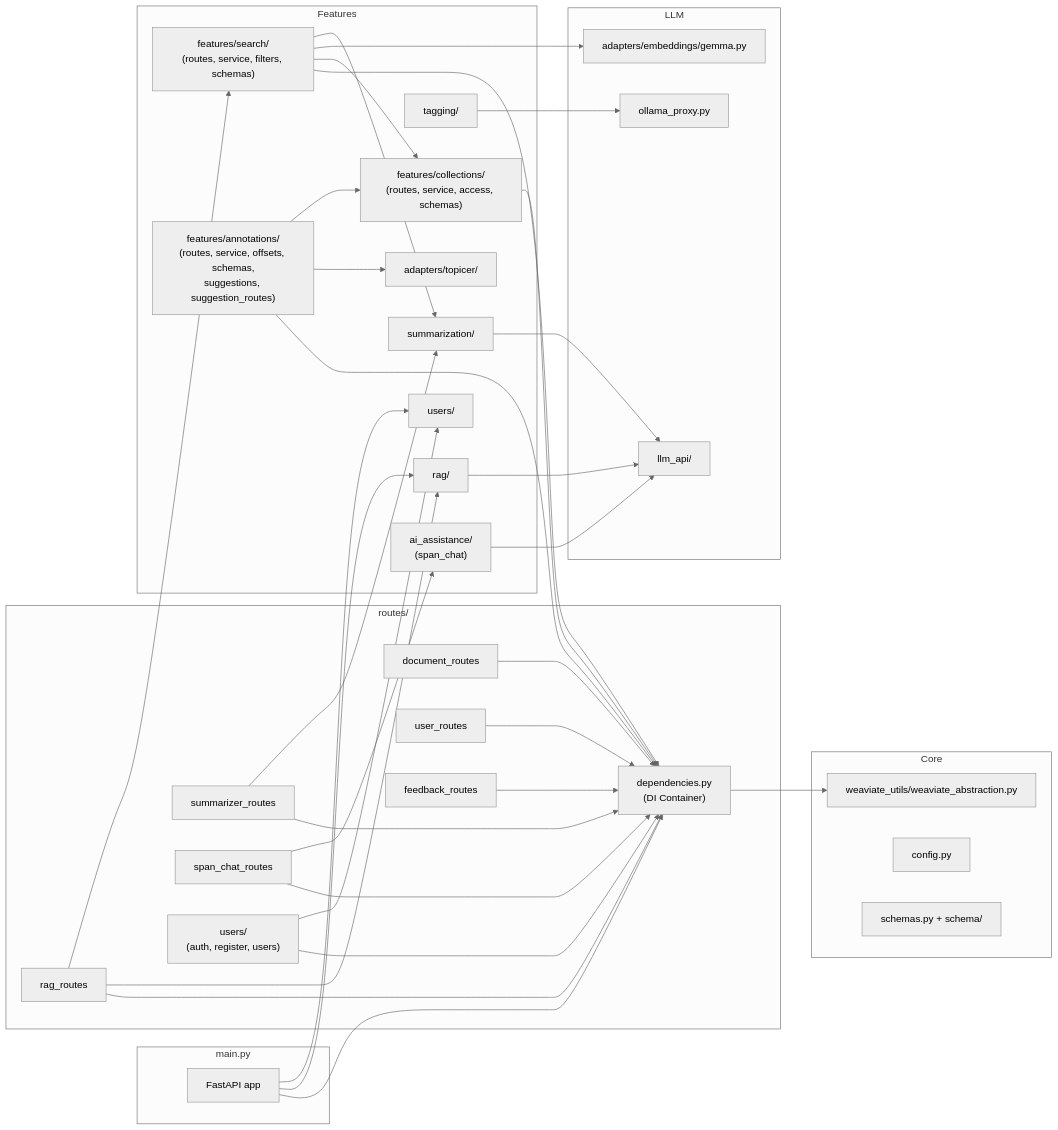
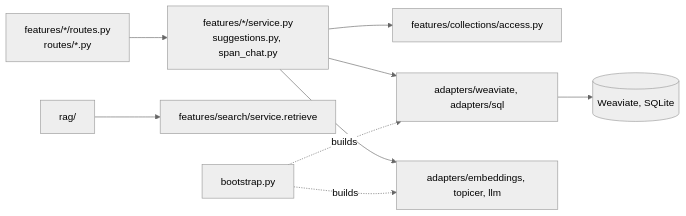
The second of 5 diagrams in docs/ARCHITECTURE.md (DCGM/semant-demo), drawn with Mermaid (neutral theme) before and after one commit. The commit also changed other lines of this file and 80 other files, not shown here.

````diff
--- a/docs/ARCHITECTURE.md
+++ b/docs/ARCHITECTURE.md
@@ -54,59 +91,11 @@
 ```mermaid
 flowchart LR
-    subgraph main.py
-        APP[FastAPI app]
-    end
-
-    subgraph routes/
-        DI["dependencies.py<br/>(DI Container)"]
-        SUM_R[summarizer_routes]
-        RAG_R[rag_routes]
-        CHAT_R[span_chat_routes]
-        DOC_R[document_routes]
-        USR_R[user_routes]
-        FB_R[feedback_routes]
-        AUTH_R["users/<br/>(auth, register, users)"]
-    end
-
-    subgraph Core
-        WS[weaviate_utils/weaviate_abstraction.py]
-        CFG[config.py]
-        SCH["schemas.py + schema/"]
-    end
-
-    subgraph LLM
-        OLLP[ollama_proxy.py]
-        GEMMA[adapters/embeddings/gemma.py]
-        LLM_API[llm_api/]
-    end
-
-    subgraph Features
-        RAG_F[rag/]
-        SUM[summarization/]
-        TAG_F[tagging/]
-        AI_F["ai_assistance/<br/>(span_chat)"]
-        USERS[users/]
-        COL_F["features/collections/<br/>(routes, service, access, schemas)"]
-        SEARCH_F["features/search/<br/>(routes, service, filters, schemas)"]
-        ANN_F["features/annotations/<br/>(routes, service, offsets, schemas,<br/>suggestions, suggestion_routes)"]
-        TOPICER["adapters/topicer/"]
-    end
-
-    APP --> DI & RAG_F & USERS
-    SUM_R & RAG_R & CHAT_R & DOC_R & COL_F & SEARCH_F & ANN_F & USR_R & FB_R & AUTH_R --> DI
-    DI --> WS
-    RAG_R --> RAG_F
-    RAG_R --> SEARCH_F
-    SEARCH_F --> COL_F
-    ANN_F --> TOPICER
-    SEARCH_F --> GEMMA
-    SEARCH_F --> SUM
-    SUM_R --> SUM
-    ANN_F --> COL_F
-    CHAT_R --> AI_F
-    RAG_F --> LLM_API
-    SUM --> LLM_API
-    TAG_F --> OLLP
-    AI_F --> LLM_API
-    AUTH_R --> USERS
+    Routes["features/*/routes.py<br/>routes/*.py"] --> Services["features/*/service.py<br/>suggestions.py, span_chat.py"]
+    Services --> Access["features/collections/access.py"]
+    Services --> Adapters["adapters/weaviate, adapters/sql"]
+    Services --> Providers["adapters/embeddings, topicer, llm"]
+    RAG["rag/"] --> Search["features/search/service.retrieve"]
+    Bootstrap["bootstrap.py"] -. builds .-> Adapters
+    Bootstrap -. builds .-> Providers
+    Adapters --> Stores[("Weaviate, SQLite")]
 ```
````
